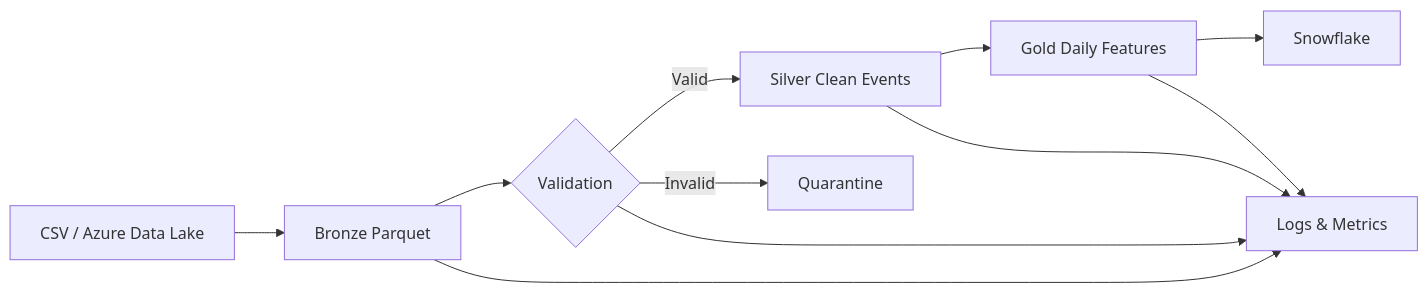
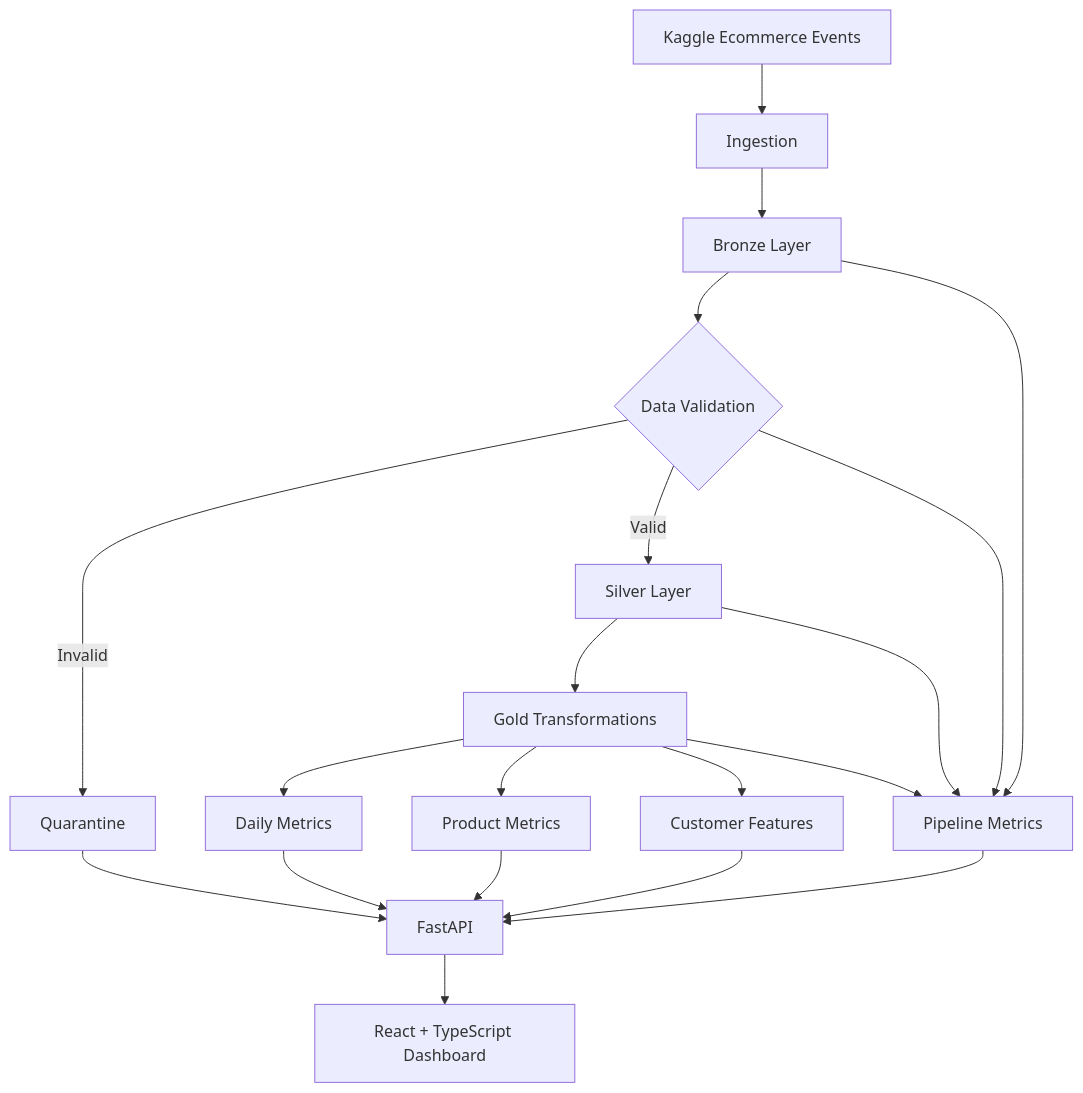
The diagram in README.md (alymkarim/dataforge), drawn with Mermaid before and after one commit. The commit also changed other lines of this file, not shown here.

Commit message:
Add Databricks PySpark Delta pipeline

````diff
--- a/README.md
+++ b/README.md
@@ -32,13 +79,30 @@
 ```mermaid
-flowchart LR
-    A[CSV / Azure Data Lake] --> B[Bronze Parquet]
-    B --> C{Validation}
-    C -->|Valid| D[Silver Clean Events]
-    C -->|Invalid| Q[Quarantine]
-    D --> E[Gold Daily Features]
-    E --> F[Snowflake]
-    B --> M[Logs & Metrics]
-    C --> M
+flowchart TD
+    A[Kaggle Ecommerce Events] --> B[Ingestion]
+
+    B --> C[Bronze Layer]
+
+    C --> D{Data Validation}
+
+    D -->|Invalid| Q[Quarantine]
+    D -->|Valid| E[Silver Layer]
+
+    E --> F[Gold Transformations]
+
+    F --> G[Daily Metrics]
+    F --> H[Product Metrics]
+    F --> I[Customer Features]
+
+    C --> M[Pipeline Metrics]
     D --> M
     E --> M
+    F --> M
+
+    G --> API[FastAPI]
+    H --> API
+    I --> API
+    M --> API
+    Q --> API
+
+    API --> UI[React + TypeScript Dashboard]
 ```
````
